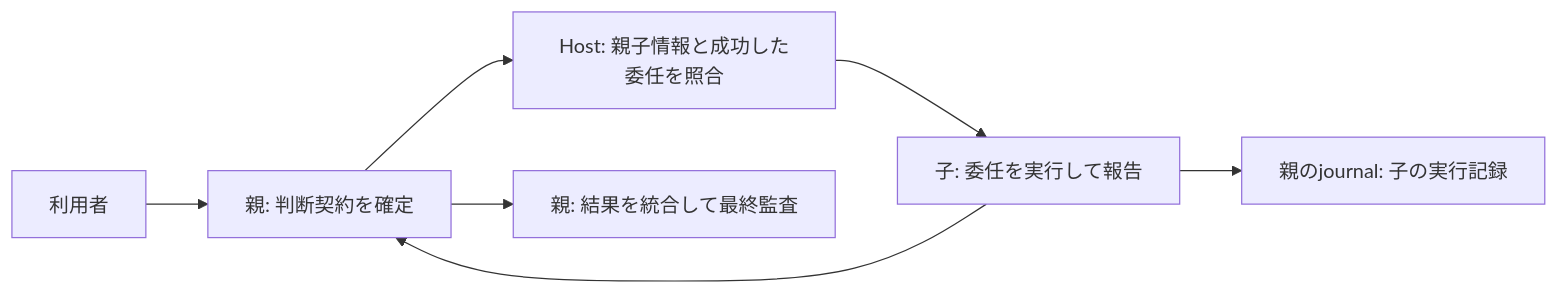
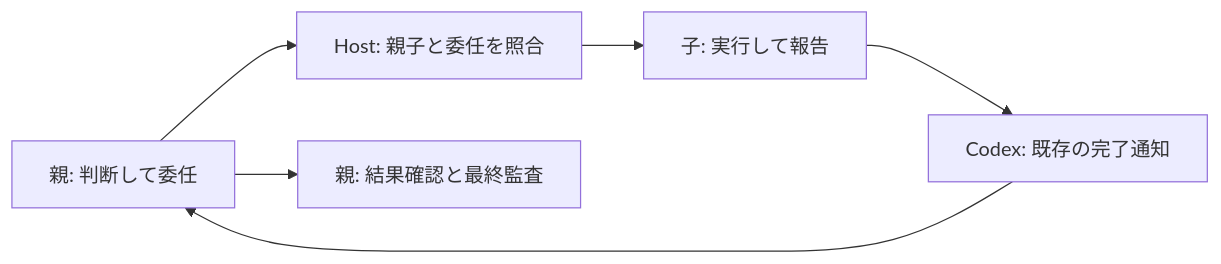
The diagram in docs/architecture/ADR-parent-contract-delegation.md (Unson-LLC/brainbase), drawn with Mermaid before and after one commit. The commit also changed other lines of this file and 5 other files, not shown here.

````diff
--- a/docs/architecture/ADR-parent-contract-delegation.md
+++ b/docs/architecture/ADR-parent-contract-delegation.md
@@ -9,9 +7,8 @@
 ```mermaid
 flowchart LR
-  U[利用者] --> P[親: 判断契約を確定]
-  P --> H[Host: 親子情報と成功した委任を照合]
-  H --> C[子: 委任を実行して報告]
-  C --> J[親のjournal: 子の実行記録]
-  C --> P
-  P --> F[親: 結果を統合して最終監査]
+  P[親: 判断して委任] --> H[Host: 親子と委任を照合]
+  H --> C[子: 実行して報告]
+  C --> N[Codex: 既存の完了通知]
+  N --> P
+  P --> F[親: 結果確認と最終監査]
 ```
````
